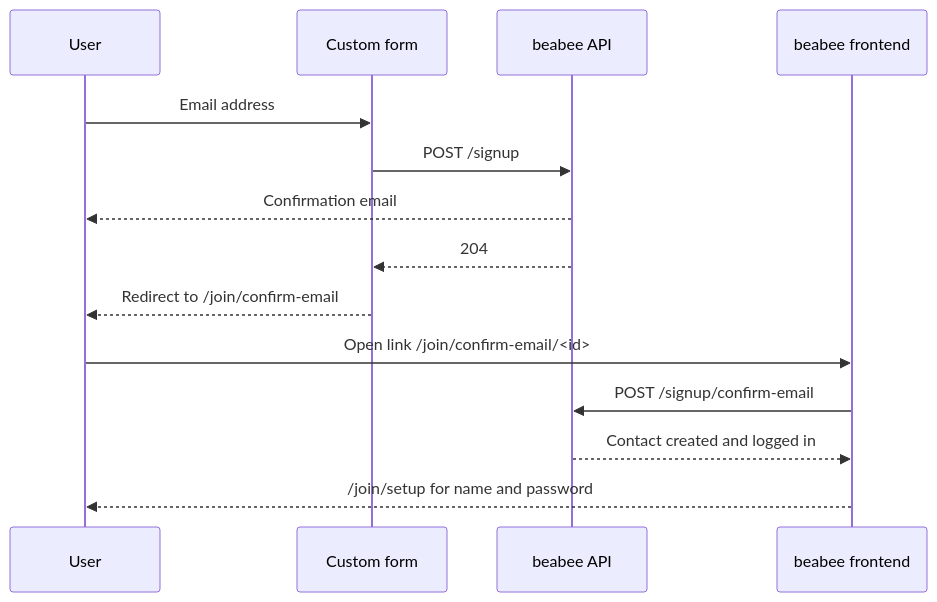
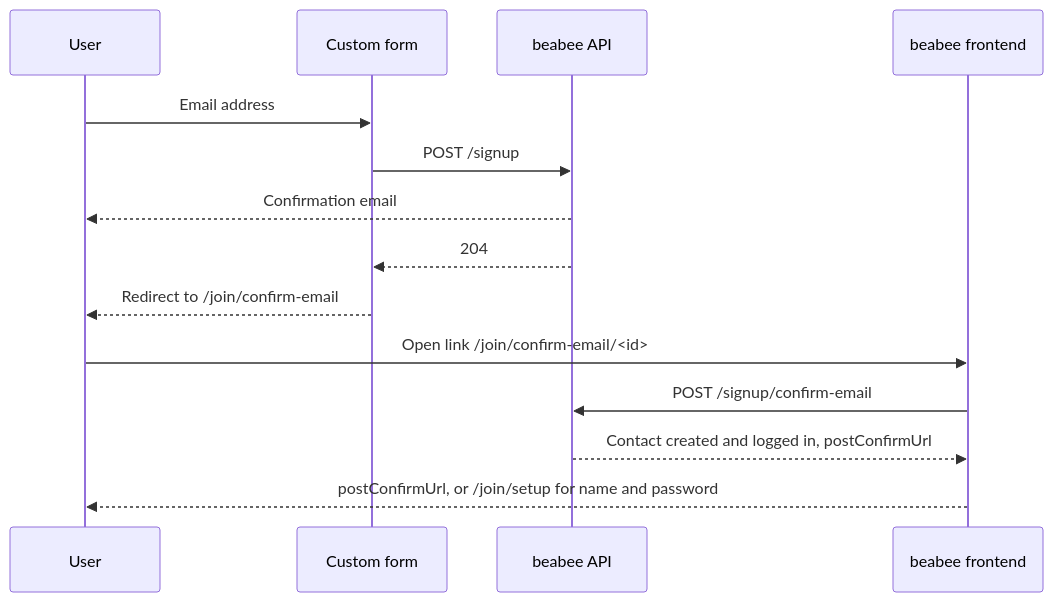
One commit to beabee-communityrm/example-signup-flow changed the diagram in no-contribution/README.md. Above: the diagram before and after it, drawn with Mermaid. The commit also changed other lines of this file and 4 other files, not shown here.

First line of the commit message:
Document postConfirmUrl and optional email link URLs

````diff
--- a/no-contribution/README.md
+++ b/no-contribution/README.md
@@ -46,18 +48,18 @@
 ```mermaid
 sequenceDiagram
     participant U as User
     participant F as Custom form
     participant API as beabee API
     participant FE as beabee frontend
 
     U->>F: Email address
     F->>API: POST /signup
     API-->>U: Confirmation email
     API-->>F: 204
     F-->>U: Redirect to /join/confirm-email
 
     U->>FE: Open link /join/confirm-email/<id>
     FE->>API: POST /signup/confirm-email
-    API-->>FE: Contact created and logged in
-    FE-->>U: /join/setup for name and password
+    API-->>FE: Contact created and logged in, postConfirmUrl
+    FE-->>U: postConfirmUrl, or /join/setup for name and password
 ```
````
